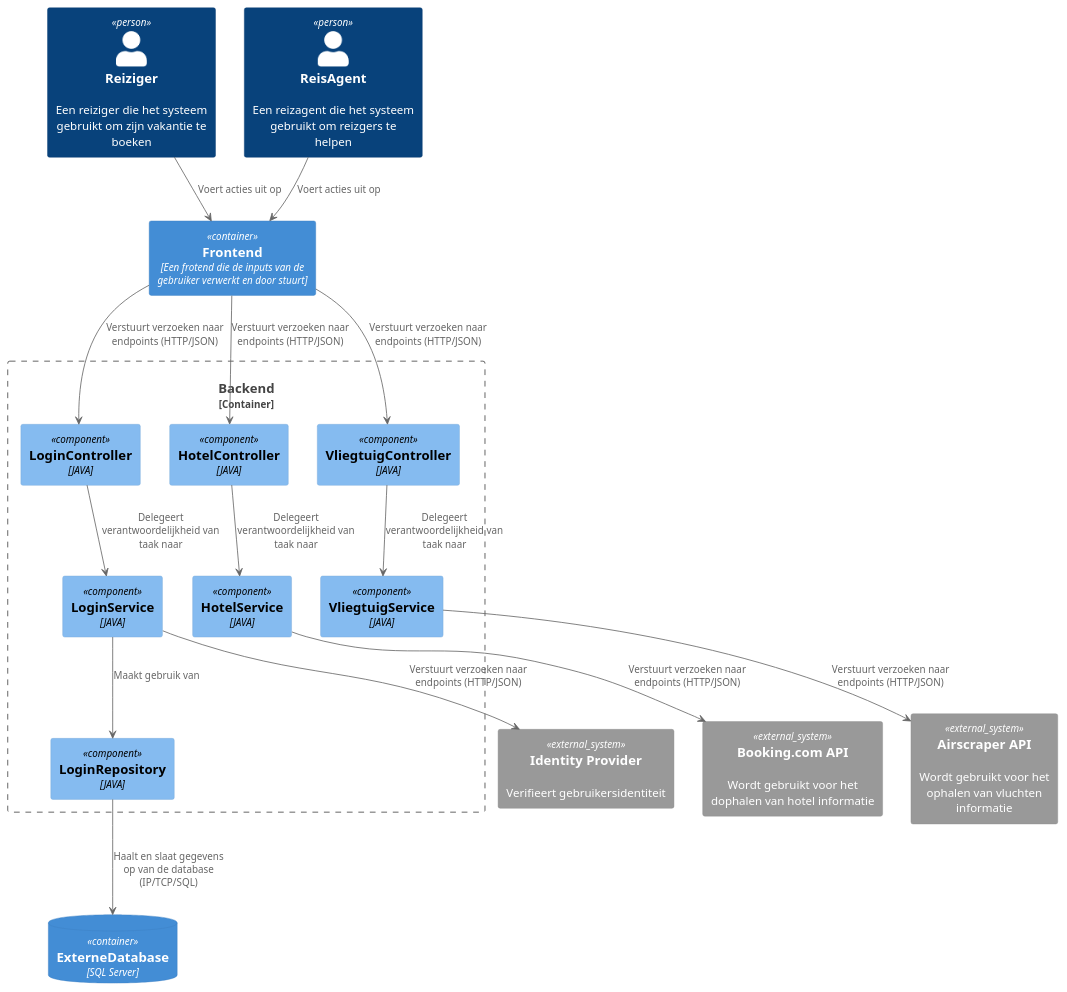
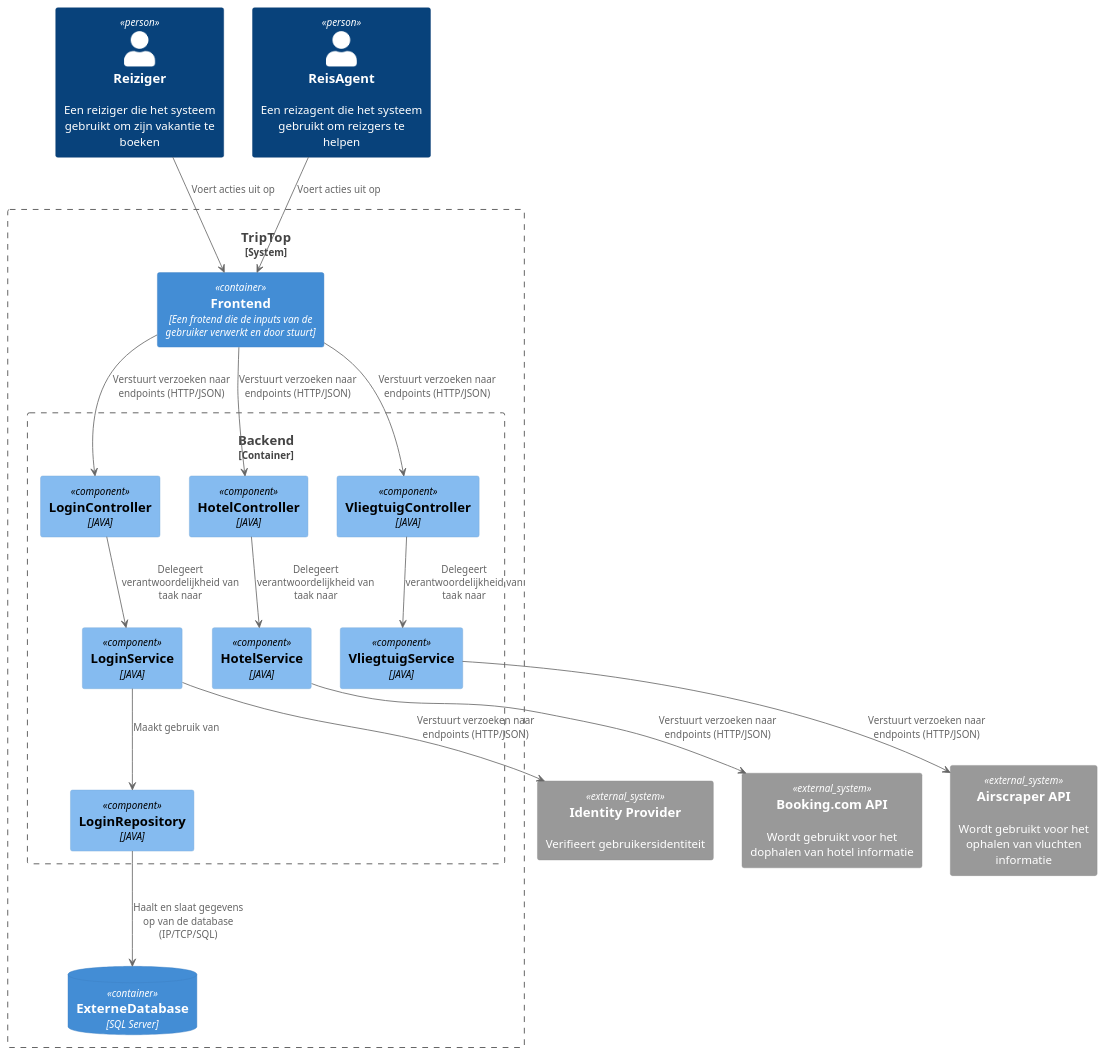
Before and after one commit to AIM-ENE-feb25/triptop-groep-b4: the diagram in C4_diagrammen/Component-diagram-TripTop-Backend.puml, drawn with PlantUML.

```diff
--- a/C4_diagrammen/Component-diagram-TripTop-Backend.puml
+++ b/C4_diagrammen/Component-diagram-TripTop-Backend.puml
@@ -1,52 +1,52 @@
 @startuml
 !include https://raw.githubusercontent.com/plantuml-stdlib/C4-PlantUML/master/C4_Component.puml
 !include https://raw.githubusercontent.com/plantuml-stdlib/C4-PlantUML/master/C4_Container.puml
 
 
 Person(Reiziger, "Reiziger", "Een reiziger die het systeem gebruikt om zijn vakantie te boeken")
 Person(ReisAgent, "ReisAgent", "Een reizagent die het systeem gebruikt om reizgers te helpen")
 
+System_Boundary(System_Boundary, TripTop){
 Container(Frontend, "Frontend", "Een frotend die de inputs van de gebruiker verwerkt en door stuurt")
-
-System_Ext(IdentityProvider, "Identity Provider", "Verifieert gebruikersidentiteit")
-System_Ext(Booking.com, "Booking.com API", "Wordt gebruikt voor het dophalen van hotel informatie")
-System_Ext(Airscraper, "Airscraper API", "Wordt gebruikt voor het ophalen van vluchten informatie")
-
-
 
 Container_Boundary(ContainerBoundary, "Backend") {
 
 Component(LoginController, "LoginController", "JAVA")
 Component(LoginService, "LoginService", "JAVA")
 Component(LoginRepository, "LoginRepository", "JAVA")
 
 Component(HotelController, "HotelController", "JAVA")
 Component(HotelService, "HotelService", "JAVA")
 
 Component(VliegtuigController, "VliegtuigController", "JAVA")
 Component(VliegtuigService, "VliegtuigService", "JAVA")
 
 }
 
 ContainerDb(Externe_Database," ExterneDatabase","SQL Server")
+}
+System_Ext(IdentityProvider, "Identity Provider", "Verifieert gebruikersidentiteit")
+System_Ext(Booking.com, "Booking.com API", "Wordt gebruikt voor het dophalen van hotel informatie")
+System_Ext(Airscraper, "Airscraper API", "Wordt gebruikt voor het ophalen van vluchten informatie")
+
 
 Reiziger --> Frontend: "Voert acties uit op"
 ReisAgent --> Frontend: "Voert acties uit op"
 
 
 Frontend --> LoginController: "Verstuurt verzoeken naar endpoints (HTTP/JSON)"
 Frontend --> HotelController: "Verstuurt verzoeken naar endpoints (HTTP/JSON)"
 Frontend --> VliegtuigController: "Verstuurt verzoeken naar endpoints (HTTP/JSON)"
 
 LoginController --> LoginService: "Delegeert verantwoordelijkheid van taak naar"
 LoginService --> LoginRepository: "Maakt gebruik van"
 LoginRepository --> Externe_Database: "Haalt en slaat gegevens op van de database (IP/TCP/SQL)"
 
 HotelController --> HotelService: "Delegeert verantwoordelijkheid van taak naar"
 VliegtuigController --> VliegtuigService: "Delegeert verantwoordelijkheid van taak naar"
 
 LoginService --> IdentityProvider: "Verstuurt verzoeken naar endpoints (HTTP/JSON)"
 HotelService --> Booking.com: "Verstuurt verzoeken naar endpoints (HTTP/JSON)"
 VliegtuigService --> Airscraper: "Verstuurt verzoeken naar endpoints (HTTP/JSON)"
 
 @enduml
```
